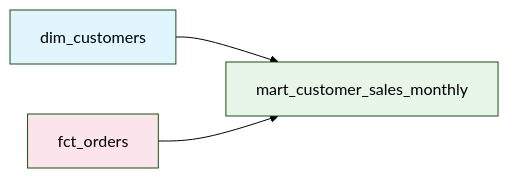
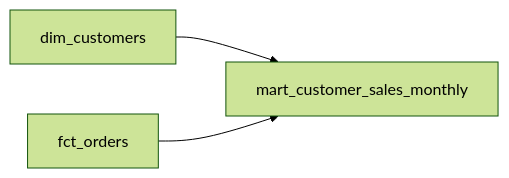
The first of 3 diagrams in content/Tech/dbt/tutorials/tutorial-03-expand-dimensions.md (1210yuichi0/1210yuichi0.github.io), drawn with Mermaid (forest theme) before and after one commit. The commit also changed other lines of this file and 22 other files, not shown here.

First line of the commit message:
style: remove Mermaid style directives for dark mode compatibility

````diff
--- a/content/Tech/dbt/tutorials/tutorial-03-expand-dimensions.md
+++ b/content/Tech/dbt/tutorials/tutorial-03-expand-dimensions.md
@@ -50,9 +50,6 @@
 ```mermaid
 flowchart LR
     A[dim_customers] --> B[mart_customer_sales_monthly]
     C[fct_orders] --> B
 
-    style A fill:#e1f5fe
-    style C fill:#fce4ec
-    style B fill:#e8f5e9
 ```
````
